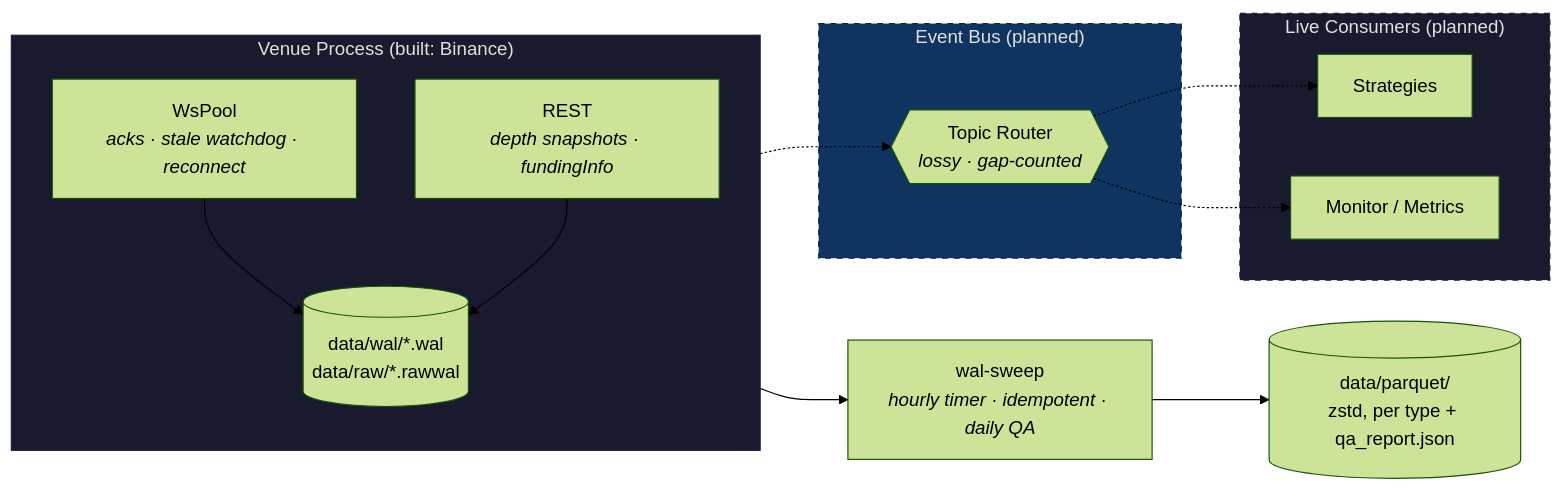
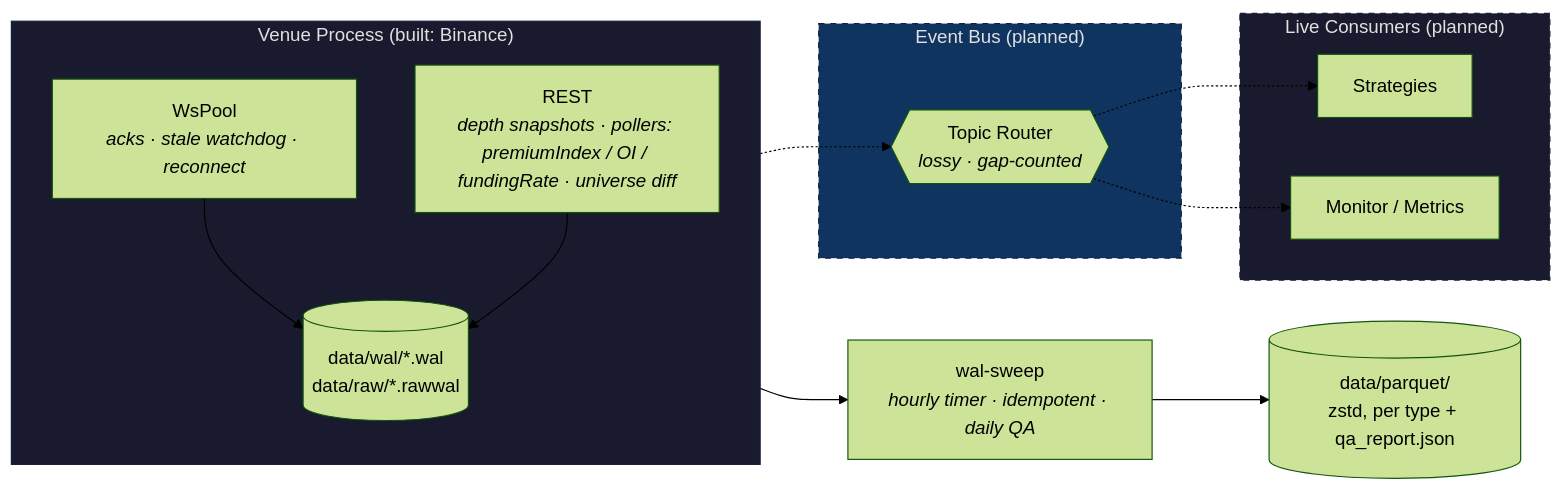
One commit to mendelabramzon/trading changed the first of 2 diagrams in README.md. Above: the diagram before and after it, drawn with Mermaid (forest theme). The commit also changed other lines of this file and 44 other files, not shown here.

````diff
--- a/README.md
+++ b/README.md
@@ -21,31 +27,31 @@
 ```mermaid
 graph LR
     subgraph Venue ["Venue Process (built: Binance)"]
         direction TB
         WS[WsPool<br/><i>acks · stale watchdog · reconnect</i>]
-        REST[REST<br/><i>depth snapshots · fundingInfo</i>]
+        REST[REST<br/><i>depth snapshots · pollers: premiumIndex / OI / fundingRate · universe diff</i>]
         WAL[("data/wal/*.wal<br/>data/raw/*.rawwal")]
         WS --> WAL
         REST --> WAL
     end
 
     subgraph Bus ["Event Bus (planned)"]
         R{{"Topic Router<br/><i>lossy · gap-counted</i>"}}
     end
 
     subgraph Consumers ["Live Consumers (planned)"]
         S1[Strategies]
         MON[Monitor / Metrics]
     end
 
     WS -.-> R
     R -.-> S1
     R -.-> MON
 
     WAL --> PC["wal-sweep<br/><i>hourly timer · idempotent · daily QA</i>"]
     PC --> PQ[("data/parquet/<br/>zstd, per type + qa_report.json")]
 
     style Venue fill:#1a1a2e,stroke:#16213e,color:#e0e0e0
     style Bus fill:#0f3460,stroke:#16213e,color:#e0e0e0,stroke-dasharray: 5 5
     style Consumers fill:#1a1a2e,stroke:#16213e,color:#e0e0e0,stroke-dasharray: 5 5
 ```
````
